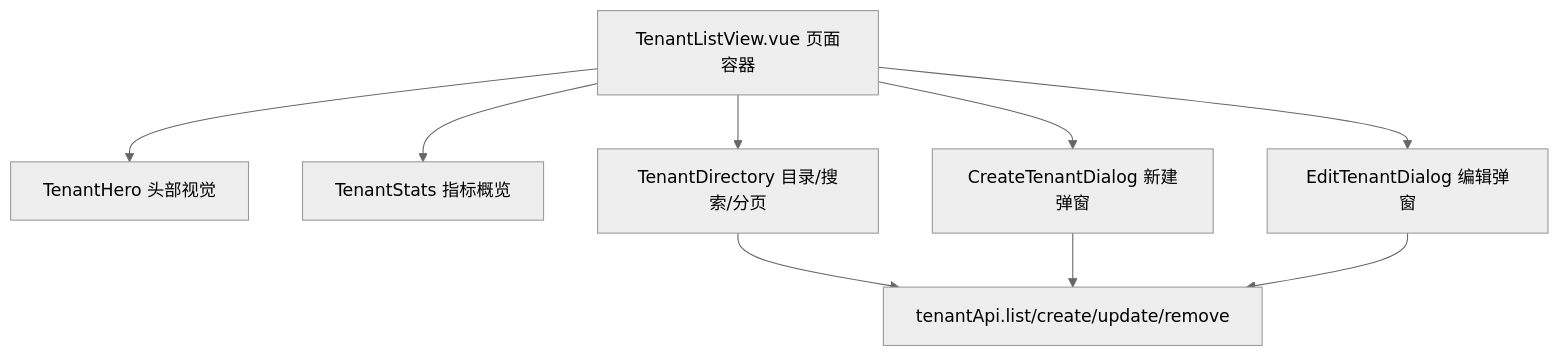
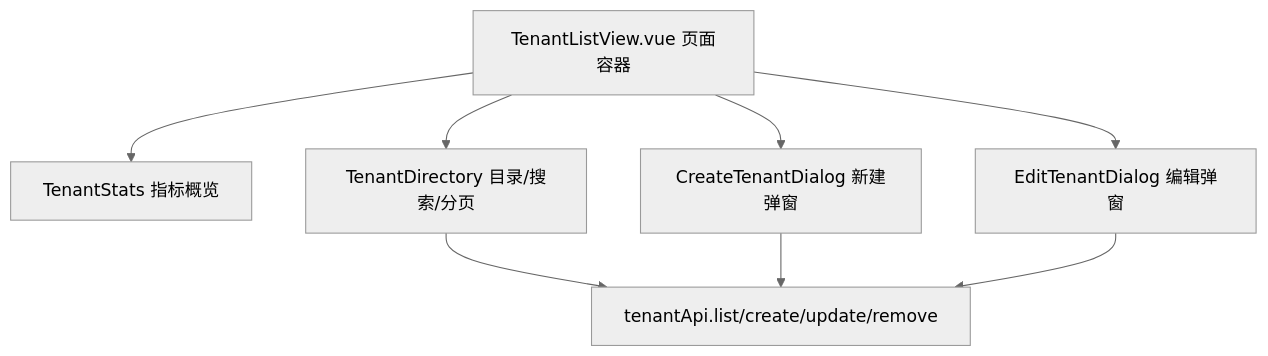
The diagram in docs/multi-tenant.md (yiting001/E-sports-01), drawn with Mermaid (neutral theme) before and after one commit. The commit also changed other lines of this file and 91 other files, not shown here.

````diff
--- a/docs/multi-tenant.md
+++ b/docs/multi-tenant.md
@@ -82,11 +83,10 @@
 ```mermaid
 flowchart TD
-  Page["TenantListView.vue 页面容器"] --> Hero["TenantHero 头部视觉"]
-  Page --> Stats["TenantStats 指标概览"]
+  Page["TenantListView.vue 页面容器"] --> Stats["TenantStats 指标概览"]
   Page --> Directory["TenantDirectory 目录/搜索/分页"]
   Page --> CreateDialog["CreateTenantDialog 新建弹窗"]
   Page --> EditDialog["EditTenantDialog 编辑弹窗"]
   Directory --> Api["tenantApi.list/create/update/remove"]
   CreateDialog --> Api
   EditDialog --> Api
 ```
````
